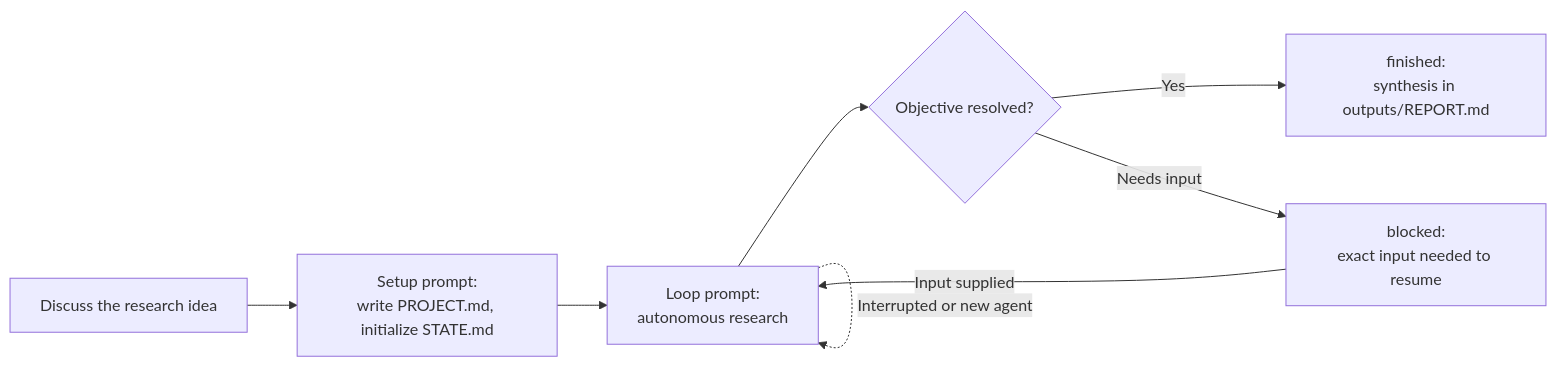
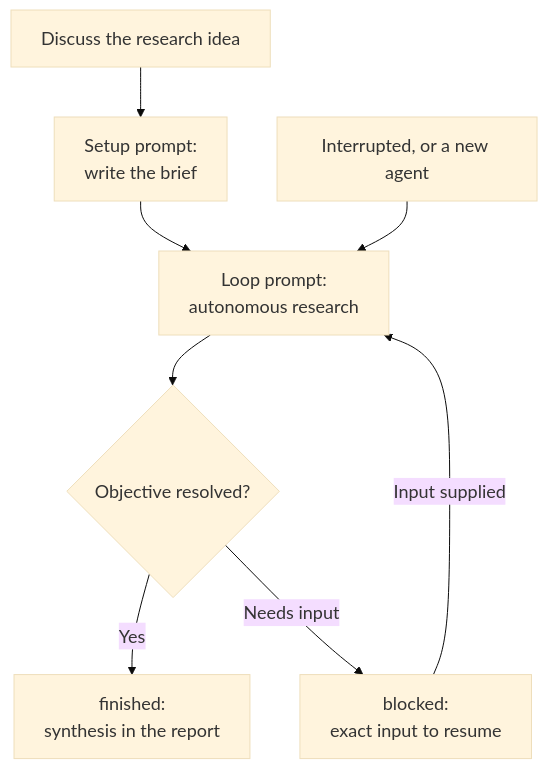
One commit to TungDoIt/agentic-research-template changed the first of 2 diagrams in README.md. Above: the diagram before and after it, drawn with Mermaid. The commit also changed other lines of this file, not shown here.

First line of the commit message:
Improve README diagram legibility

````diff
--- a/README.md
+++ b/README.md
@@ -13,10 +13,11 @@
 ```mermaid
-flowchart LR
-    D[Discuss the research idea] --> S[Setup prompt:<br/>write PROJECT.md, initialize STATE.md]
+%%{init: {'theme': 'base', 'themeVariables': {'fontSize': '18px'}}}%%
+flowchart TD
+    D[Discuss the research idea] --> S[Setup prompt:<br/>write the brief]
     S --> L[Loop prompt:<br/>autonomous research]
+    RS[Interrupted, or a new agent] --> L
     L --> RES{Objective resolved?}
-    RES -->|Yes| F[finished:<br/>synthesis in outputs/REPORT.md]
-    RES -->|Needs input| B[blocked:<br/>exact input needed to resume]
+    RES -->|Yes| F[finished:<br/>synthesis in the report]
+    RES -->|Needs input| B[blocked:<br/>exact input to resume]
     B -->|Input supplied| L
-    L -.->|Interrupted or new agent| L
 ```
````
